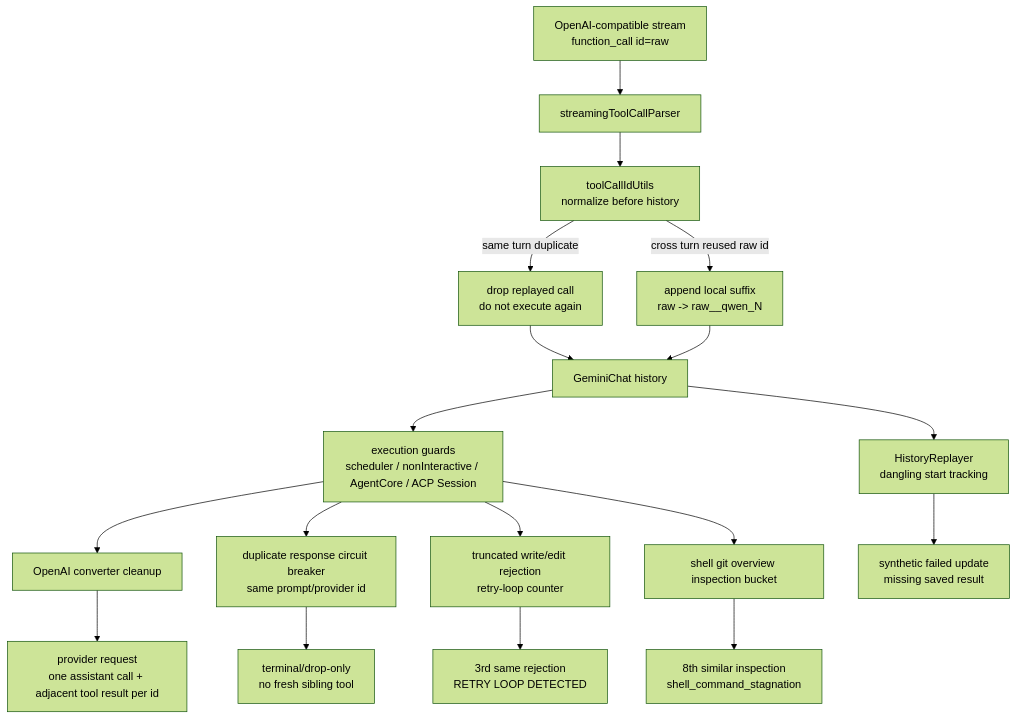
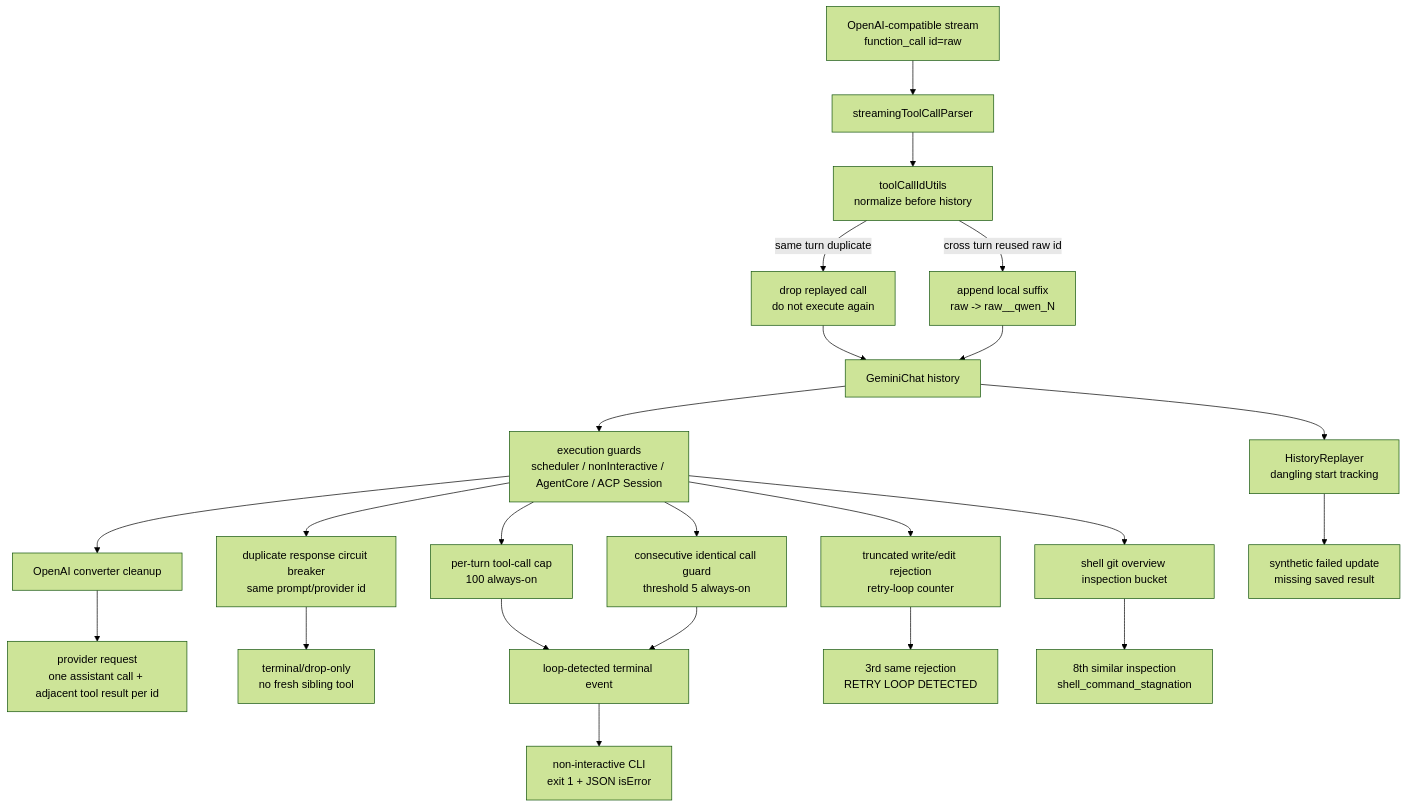
One commit to doudouOUC/code_agent changed the diagram in qwen-code/feature/tool-call-id-integrity.md. Above: the diagram before and after it, drawn with Mermaid (forest theme). The commit also changed other lines of this file and 7 other files, not shown here.

````diff
--- a/qwen-code/feature/tool-call-id-integrity.md
+++ b/qwen-code/feature/tool-call-id-integrity.md
@@ -29,20 +31,25 @@
 ```mermaid
 flowchart TD
     MODEL["OpenAI-compatible stream<br/>function_call id=raw"] --> PARSER["streamingToolCallParser"]
     PARSER --> NORM["toolCallIdUtils<br/>normalize before history"]
     NORM -->|"same turn duplicate"| DROP["drop replayed call<br/>do not execute again"]
     NORM -->|"cross turn reused raw id"| SUFFIX["append local suffix<br/>raw -> raw__qwen_N"]
     SUFFIX --> HIST["GeminiChat history"]
     DROP --> HIST
     HIST --> GUARD["execution guards<br/>scheduler / nonInteractive / AgentCore / ACP Session"]
     GUARD --> CONV["OpenAI converter cleanup"]
     CONV --> REQ["provider request<br/>one assistant call + adjacent tool result per id"]
     HIST --> REPLAY["HistoryReplayer<br/>dangling start tracking"]
     REPLAY --> FAIL["synthetic failed update<br/>missing saved result"]
     GUARD --> CB["duplicate response circuit breaker<br/>same prompt/provider id"]
     CB --> TERM["terminal/drop-only<br/>no fresh sibling tool"]
+    GUARD --> CAP["per-turn tool-call cap<br/>100 always-on"]
+    GUARD --> IDENT["consecutive identical call guard<br/>threshold 5 always-on"]
+    CAP --> LOOPSTOP["loop-detected terminal event"]
+    IDENT --> LOOPSTOP
+    LOOPSTOP --> NIFAIL["non-interactive CLI<br/>exit 1 + JSON isError"]
     GUARD --> TRUNC["truncated write/edit rejection<br/>retry-loop counter"]
     TRUNC --> STOP["3rd same rejection<br/>RETRY LOOP DETECTED"]
     GUARD --> SHELL["shell git overview inspection bucket"]
     SHELL --> SHELLSTOP["8th similar inspection<br/>shell_command_stagnation"]
 ```
````
